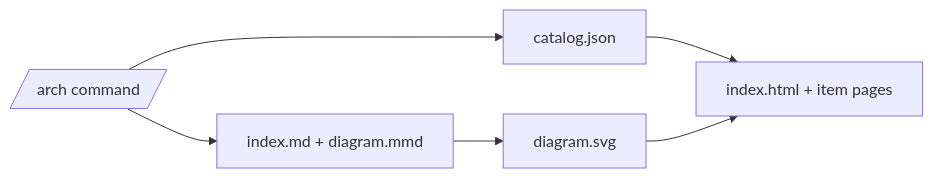
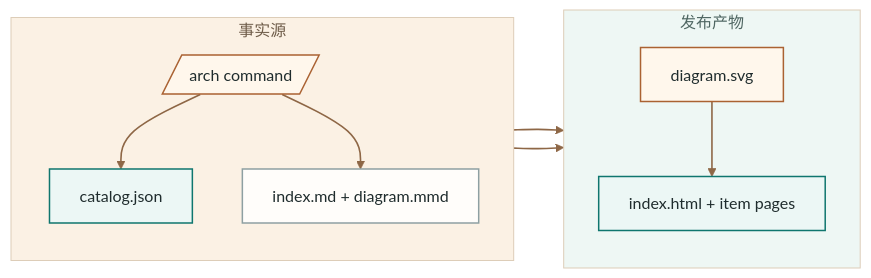
The diagram in .shared/templates/arch/examples/arch-tool/content/current/arch-tool-overview/diagram.mmd (zhagqn/agentwork), drawn with Mermaid before and after one commit. The commit also changed 25 other files, not shown here.

Commit message:
docs(arch): 固化 Mermaid 基础样式约定

```diff
--- a/.shared/templates/arch/examples/arch-tool/content/current/arch-tool-overview/diagram.mmd
+++ b/.shared/templates/arch/examples/arch-tool/content/current/arch-tool-overview/diagram.mmd
@@ -1,6 +1,31 @@
 flowchart LR
-    A[/arch command/] --> B[catalog.json]
-    A --> C[index.md + diagram.mmd]
-    C --> D[diagram.svg]
-    B --> E[index.html + item pages]
+    subgraph source["事实源"]
+        direction TB
+        A[/arch command/]
+        B[catalog.json]
+        C[index.md + diagram.mmd]
+    end
+
+    subgraph publish["发布产物"]
+        direction TB
+        D[diagram.svg]
+        E[index.html + item pages]
+    end
+
+    A --> B
+    A --> C
+    C --> D
+    B --> E
     D --> E
+
+    classDef warm fill:#fff7ec,stroke:#aa6232,color:#1f2c2d,stroke-width:1.5px;
+    classDef teal fill:#ecf7f5,stroke:#0f766e,color:#1f2c2d,stroke-width:1.5px;
+    classDef neutral fill:#fffdfa,stroke:#8ea0a2,color:#1f2c2d,stroke-width:1.5px;
+    class A,D warm;
+    class B,E teal;
+    class C neutral;
+
+    style source fill:#fbf1e4,stroke:#ddcdb8,color:#6f5d4a;
+    style publish fill:#eef7f4,stroke:#ddcdb8,color:#4f6662;
+
+    linkStyle default stroke:#8e6746,stroke-width:1.6px;
```
